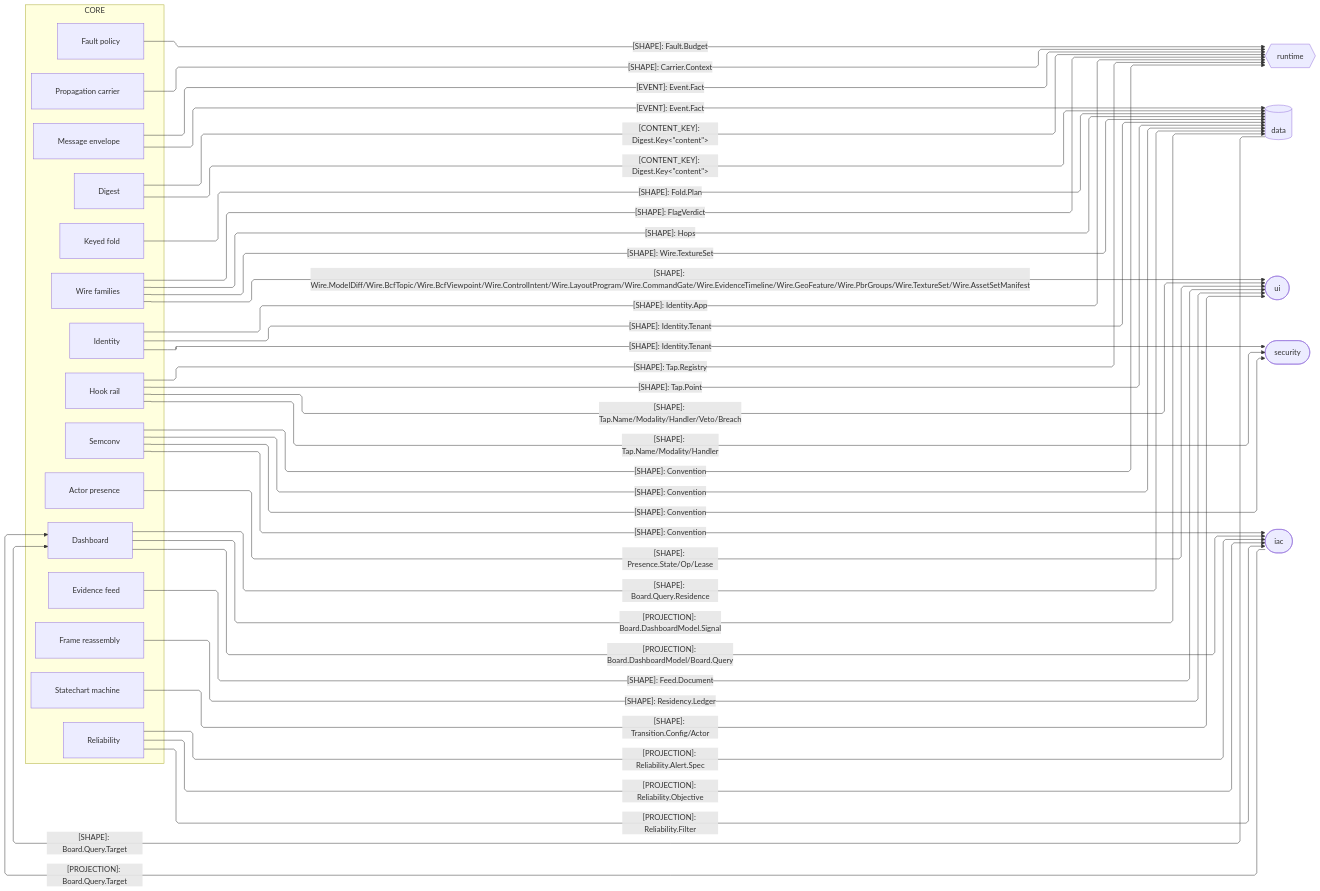
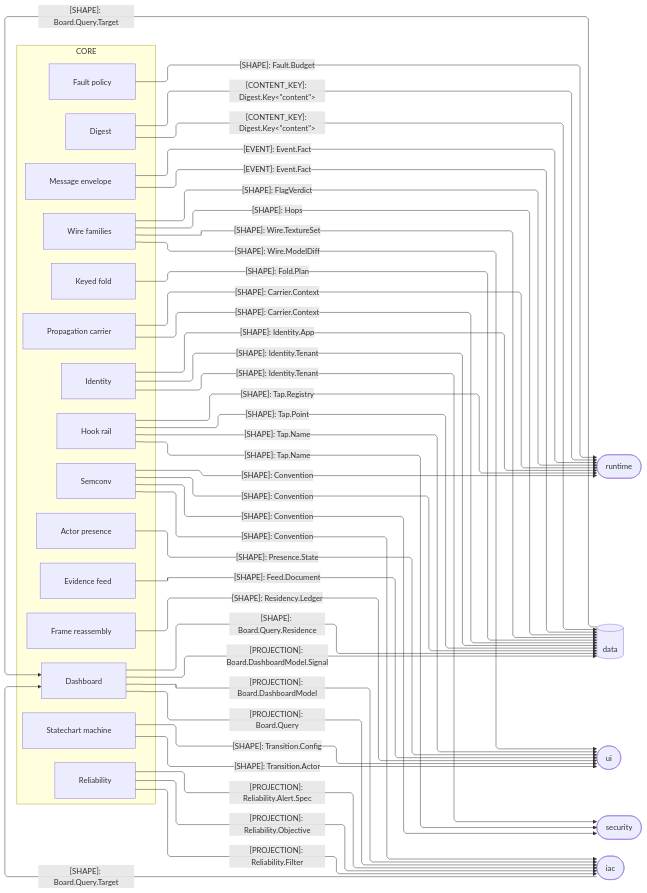
The third of 4 diagrams in libs/typescript/core/ARCHITECTURE.md (bsamiee/Rasm), drawn with Mermaid before and after one commit. The commit also changed other lines of this file and 115 other files, not shown here.

````diff
--- a/libs/typescript/core/ARCHITECTURE.md
+++ b/libs/typescript/core/ARCHITECTURE.md
@@ -175,68 +176,71 @@
 ```mermaid
 ---
 config:
   layout: elk
   flowchart:
     curve: linear
     padding: 25
 ---
 flowchart LR
     accTitle: Core TypeScript sibling seam registry
-    accDescr: Core sends value, state, wire, observe, and carrier shapes; data and IaC return Board.Query targets.
+    accDescr: Which core-owned shapes each sibling folder consumes, and which query targets the olap and operate owners hand back to Board.
     subgraph core[CORE]
         Digest[Digest]
         Wire[Wire families]
         Frame[Frame reassembly]
         Fold[Keyed fold]
         Feed[Evidence feed]
         Identity[Identity]
         Fault[Fault policy]
         Convention[Semconv]
         Reliability[Reliability]
         Board[Dashboard]
         Tap[Hook rail]
         Carrier[Propagation carrier]
         Event[Message envelope]
         Transition[Statechart machine]
         Presence[Actor presence]
     end
-    Runtime{{runtime}}
+    Runtime([runtime])
     Data[(data)]
     Ui([ui])
     Security([security])
     Iac([iac])
     Digest e1@-->|"[CONTENT_KEY]: Digest.Key&lt;&quot;content&quot;&gt;"| Data
     Digest e2@-->|"[CONTENT_KEY]: Digest.Key&lt;&quot;content&quot;&gt;"| Runtime
     Wire e3@-->|"[SHAPE]: FlagVerdict"| Runtime
-    Fold e4@-->|"[SHAPE]: Fold.Plan"| Data
-    Feed e5@-->|"[SHAPE]: Feed.Document"| Ui
-    Identity e6@-->|"[SHAPE]: Identity.Tenant"| Security
-    Identity e7@-->|"[SHAPE]: Identity.Tenant"| Data
-    Identity e8@-->|"[SHAPE]: Identity.App"| Runtime
-    Fault e9@-->|"[SHAPE]: Fault.Budget"| Runtime
-    Convention e10@-->|"[SHAPE]: Convention"| Runtime
-    Convention e12@-->|"[SHAPE]: Convention"| Data
-    Convention e13@-->|"[SHAPE]: Convention"| Security
-    Convention e22@-->|"[SHAPE]: Convention"| Iac
-    Board e11@-->|"[PROJECTION]: Board.DashboardModel/Board.Query"| Iac
-    Reliability e14@-->|"[PROJECTION]: Reliability.Alert.Spec"| Iac
-    Frame e15@-->|"[SHAPE]: Residency.Ledger"| Ui
-    Wire e21@-->|"[SHAPE]: Wire.ModelDiff/Wire.BcfTopic/Wire.BcfViewpoint/Wire.ControlIntent/Wire.LayoutProgram/Wire.CommandGate/Wire.EvidenceTimeline/Wire.GeoFeature/Wire.PbrGroups/Wire.TextureSet/Wire.AssetSetManifest"| Ui
-    Reliability e16@-->|"[PROJECTION]: Reliability.Objective"| Iac
-    Reliability e29@-->|"[PROJECTION]: Reliability.Filter"| Iac
-    Tap e17@-->|"[SHAPE]: Tap.Registry"| Runtime
-    Carrier e18@-->|"[SHAPE]: Carrier.Context"| Runtime
-    Tap e19@-->|"[SHAPE]: Tap.Point"| Data
-    Tap e20@-->|"[SHAPE]: Tap.Name/Modality/Handler/Veto/Breach"| Ui
-    Tap e23@-->|"[SHAPE]: Tap.Name/Modality/Handler"| Security
-    Board e24@-->|"[SHAPE]: Board.Query.Residence"| Data
-    Wire e25@-->|"[SHAPE]: Hops"| Data
-    Wire e32@-->|"[SHAPE]: Wire.TextureSet"| Data
-    Data e26@-->|"[SHAPE]: Board.Query.Target"| Board
-    Board e27@-->|"[PROJECTION]: Board.DashboardModel.Signal"| Data
-    Iac e28@-->|"[PROJECTION]: Board.Query.Target"| Board
-    Event e30@-->|"[EVENT]: Event.Fact"| Data
-    Event e31@-->|"[EVENT]: Event.Fact"| Runtime
-    Transition e33@-->|"[SHAPE]: Transition.Config/Actor"| Ui
-    Presence e34@-->|"[SHAPE]: Presence.State/Op/Lease"| Ui
+    Wire e4@-->|"[SHAPE]: Wire.ModelDiff"| Ui
+    Wire e5@-->|"[SHAPE]: Hops"| Data
+    Wire e6@-->|"[SHAPE]: Wire.TextureSet"| Data
+    Fold e7@-->|"[SHAPE]: Fold.Plan"| Data
+    Feed e8@-->|"[SHAPE]: Feed.Document"| Ui
+    Identity e9@-->|"[SHAPE]: Identity.Tenant"| Security
+    Identity e10@-->|"[SHAPE]: Identity.Tenant"| Data
+    Identity e11@-->|"[SHAPE]: Identity.App"| Runtime
+    Fault e12@-->|"[SHAPE]: Fault.Budget"| Runtime
+    Convention e13@-->|"[SHAPE]: Convention"| Runtime
+    Convention e14@-->|"[SHAPE]: Convention"| Data
+    Convention e15@-->|"[SHAPE]: Convention"| Security
+    Convention e16@-->|"[SHAPE]: Convention"| Iac
+    Board e17@-->|"[PROJECTION]: Board.DashboardModel"| Iac
+    Board e18@-->|"[PROJECTION]: Board.Query"| Iac
+    Board e19@-->|"[SHAPE]: Board.Query.Residence"| Data
+    Board e20@-->|"[PROJECTION]: Board.DashboardModel.Signal"| Data
+    Reliability e21@-->|"[PROJECTION]: Reliability.Alert.Spec"| Iac
+    Reliability e22@-->|"[PROJECTION]: Reliability.Objective"| Iac
+    Reliability e23@-->|"[PROJECTION]: Reliability.Filter"| Iac
+    Frame e24@-->|"[SHAPE]: Residency.Ledger"| Ui
+    Tap e25@-->|"[SHAPE]: Tap.Registry"| Runtime
+    Tap e26@-->|"[SHAPE]: Tap.Point"| Data
+    Tap e27@-->|"[SHAPE]: Tap.Name"| Ui
+    Tap e28@-->|"[SHAPE]: Tap.Name"| Security
+    Carrier e29@-->|"[SHAPE]: Carrier.Context"| Runtime
+    Carrier e30@-->|"[SHAPE]: Carrier.Context"| Data
+    Event e31@-->|"[EVENT]: Event.Fact"| Data
+    Event e32@-->|"[EVENT]: Event.Fact"| Runtime
+    Transition e33@-->|"[SHAPE]: Transition.Config"| Ui
+    Transition e34@-->|"[SHAPE]: Transition.Actor"| Ui
+    Presence e35@-->|"[SHAPE]: Presence.State"| Ui
+    Data e36@-->|"[SHAPE]: Board.Query.Target"| Board
+    Iac e37@-->|"[SHAPE]: Board.Query.Target"| Board
 ```
````
